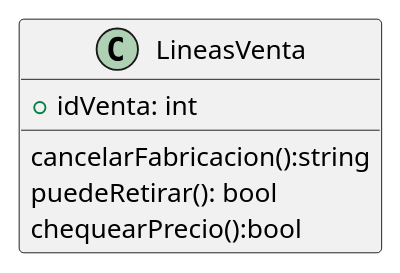
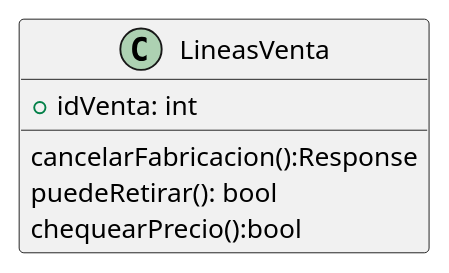
One commit to ZMGestion/DocumentacionZMGestion changed the diagram in DiagramaClases/Clases/LineasVenta.puml. Above: the diagram before and after it, drawn with PlantUML. The commit also changed 27 other files, not shown here.

```diff
--- a/DiagramaClases/Clases/LineasVenta.puml
+++ b/DiagramaClases/Clases/LineasVenta.puml
@@ -1,11 +1,10 @@
 @startuml LineasVenta
 class LineasVenta{
     +idVenta: int
 
-    cancelarFabricacion():string
+    cancelarFabricacion():Response
     puedeRetirar(): bool
     chequearPrecio():bool
-    
-    
+
 }
 @enduml
```
